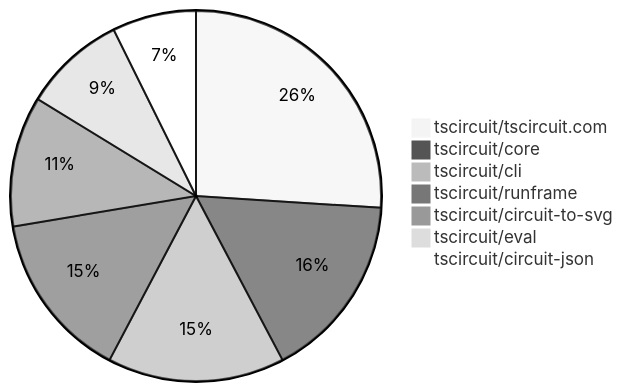
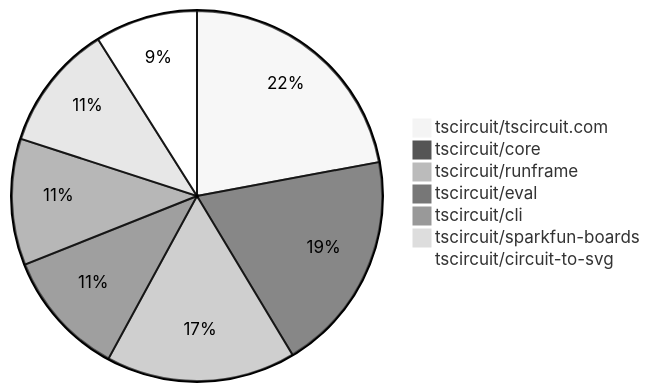
One commit to tscircuit/contribution-tracker changed the second of 2 diagrams in README.md. Above: the diagram before and after it, drawn with Mermaid (neutral theme). The commit also changed other lines of this file and 3 other files, not shown here.

````diff
--- a/README.md
+++ b/README.md
@@ -116,10 +121,10 @@
 ```mermaid
 pie
     "tscircuit/tscircuit.com" : 32
-    "tscircuit/core" : 20
-    "tscircuit/cli" : 19
-    "tscircuit/runframe" : 18
-    "tscircuit/circuit-to-svg" : 14
-    "tscircuit/eval" : 11
-    "tscircuit/circuit-json" : 9
+    "tscircuit/core" : 28
+    "tscircuit/runframe" : 24
+    "tscircuit/eval" : 16
+    "tscircuit/cli" : 16
+    "tscircuit/sparkfun-boards" : 16
+    "tscircuit/circuit-to-svg" : 13
 ```
````
